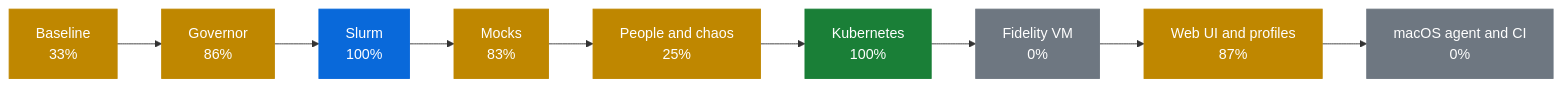
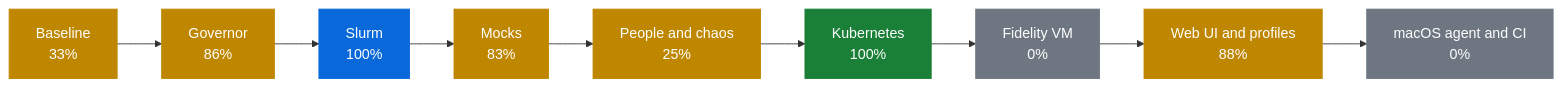
Before and after one commit to AhmedYousriSobhi/workbench: the first of 2 diagrams in docs/PROGRESS.md, drawn with Mermaid. The commit also changed other lines of this file and 5 other files, not shown here.

````diff
--- a/docs/PROGRESS.md
+++ b/docs/PROGRESS.md
@@ -10,17 +10,17 @@
 ```mermaid
 flowchart LR
     p0["Baseline<br/>33%"]:::partial
     p1["Governor<br/>86%"]:::partial
     p2["Slurm<br/>100%"]:::review
     p3["Mocks<br/>83%"]:::partial
     p4["People and chaos<br/>25%"]:::partial
     p5["Kubernetes<br/>100%"]:::done
     p6["Fidelity VM<br/>0%"]:::todo
-    p7["Web UI and profiles<br/>87%"]:::partial
+    p7["Web UI and profiles<br/>88%"]:::partial
     p8["macOS agent and CI<br/>0%"]:::todo
     p0 --> p1 --> p2 --> p3 --> p4 --> p5 --> p6 --> p7 --> p8
     classDef done fill:#1a7f37,stroke:#1a7f37,color:#fff
     classDef review fill:#0969da,stroke:#0969da,color:#fff
     classDef partial fill:#bf8700,stroke:#bf8700,color:#fff
     classDef todo fill:#6e7781,stroke:#6e7781,color:#fff
 ```
````
